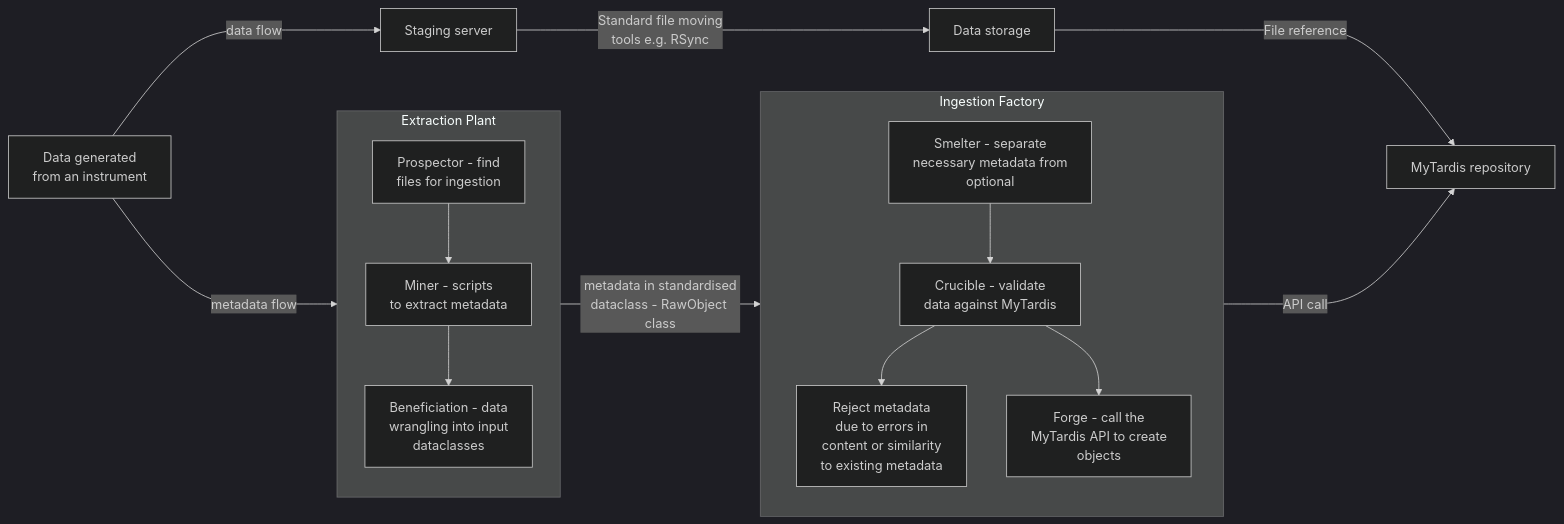
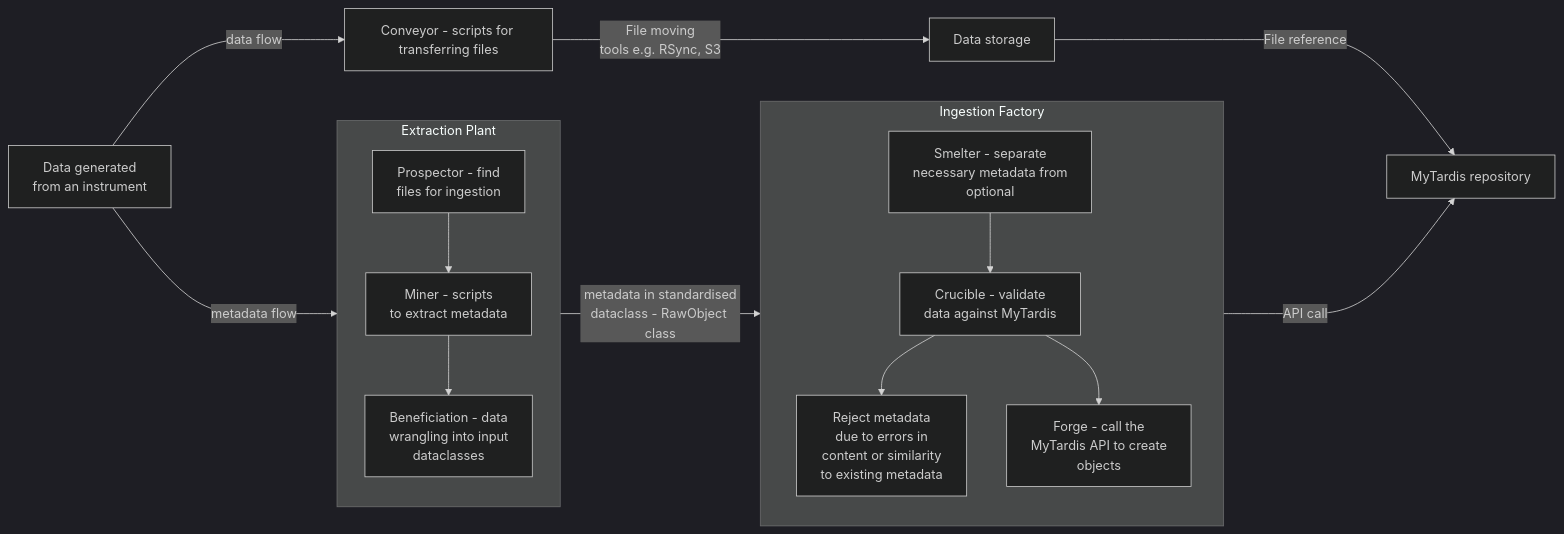
The first of 3 diagrams in docs/Server-side-validation/scoping and design.md (UoA-eResearch/mytardis_ingestion), drawn with Mermaid (dark theme) before and after one commit. The commit also changed other lines of this file, not shown here.

````diff
--- a/docs/Server-side-validation/scoping and design.md
+++ b/docs/Server-side-validation/scoping and design.md
@@ -11,43 +11,43 @@
 ```mermaid
 flowchart LR
     instrument["`Data generated
     from an instrument`"]
     instrument -- metadata flow ---> Extraction
     subgraph Extraction[Extraction Plant]
         direction TB
         prospector["`Prospector - find
         files for ingestion`"]
         miner["`Miner - scripts
         to extract metadata`"]
         beneficiation["`Beneficiation - data
         wrangling into input
         dataclasses`"]
         prospector --> miner --> beneficiation
     end
     Extraction -- "`metadata in standardised
     dataclass - RawObject class`" --> Ingestion
     subgraph Ingestion[Ingestion Factory]
         smelter["`Smelter - separate
         necessary metadata from
         optional`"]
         crucible["`Crucible - validate
         data against MyTardis`"]
         reject["`Reject metadata
         due to errors in
         content or similarity
         to existing metadata`"]
         crucible --> reject
         forge["`Forge - call the
         MyTardis API to create
         objects`"]
         smelter --> crucible --> forge
     end
     storage["`Data storage`"]
-    staging["`Staging server`"]
-    instrument -- data flow ---> staging
-    staging -- "`Standard file moving
-    tools e.g. RSync`" --> storage
+    conveyor["`Conveyor - scripts for transferring files`"]
+    instrument -- data flow ---> conveyor
+    conveyor -- "`File moving
+    tools e.g. RSync, S3`" --> storage
     mytardis["`MyTardis repository`"]
     Ingestion -- "`API call`" ---> mytardis
     storage -- "`File reference`" ---> mytardis
 ```
````
